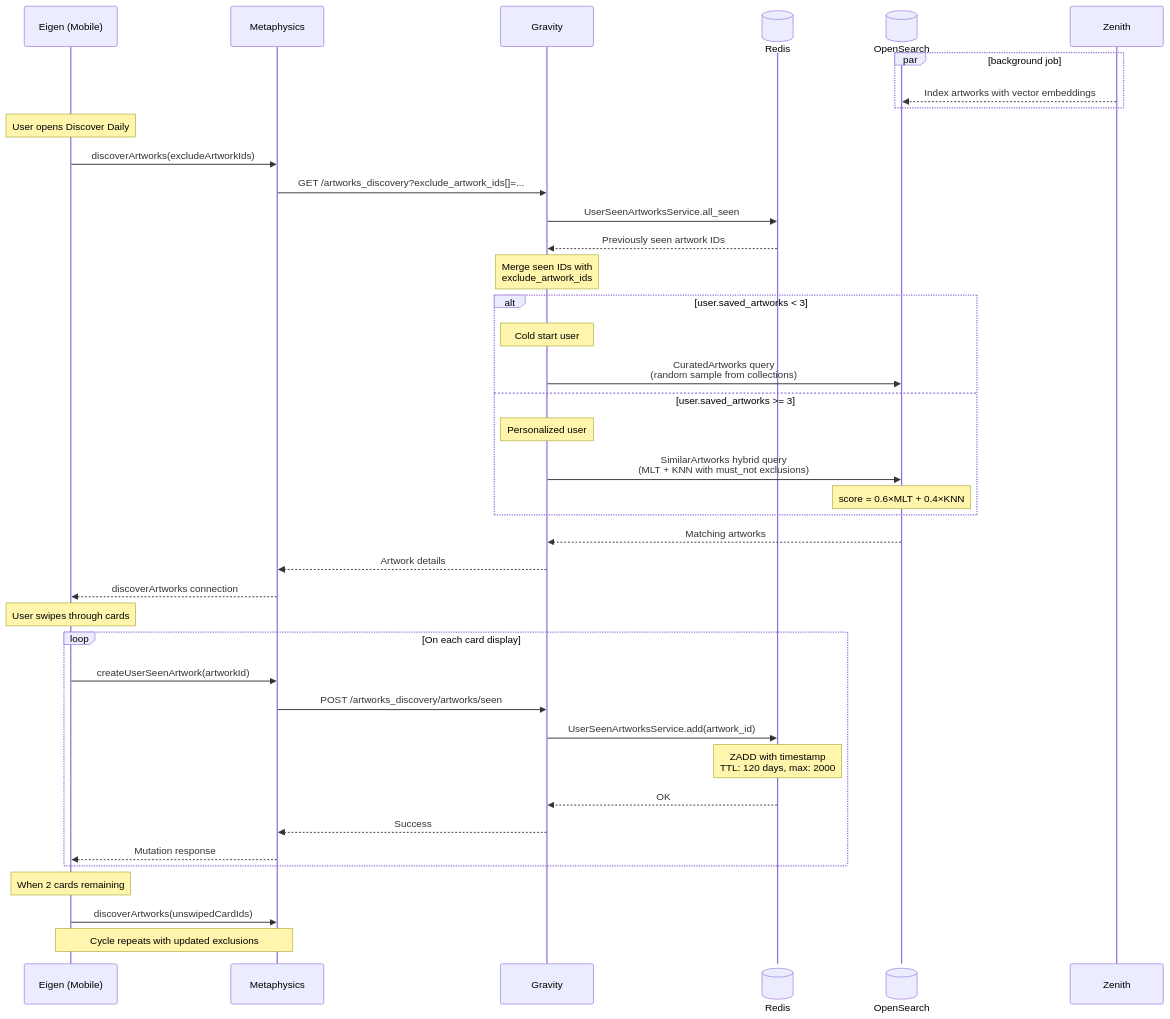
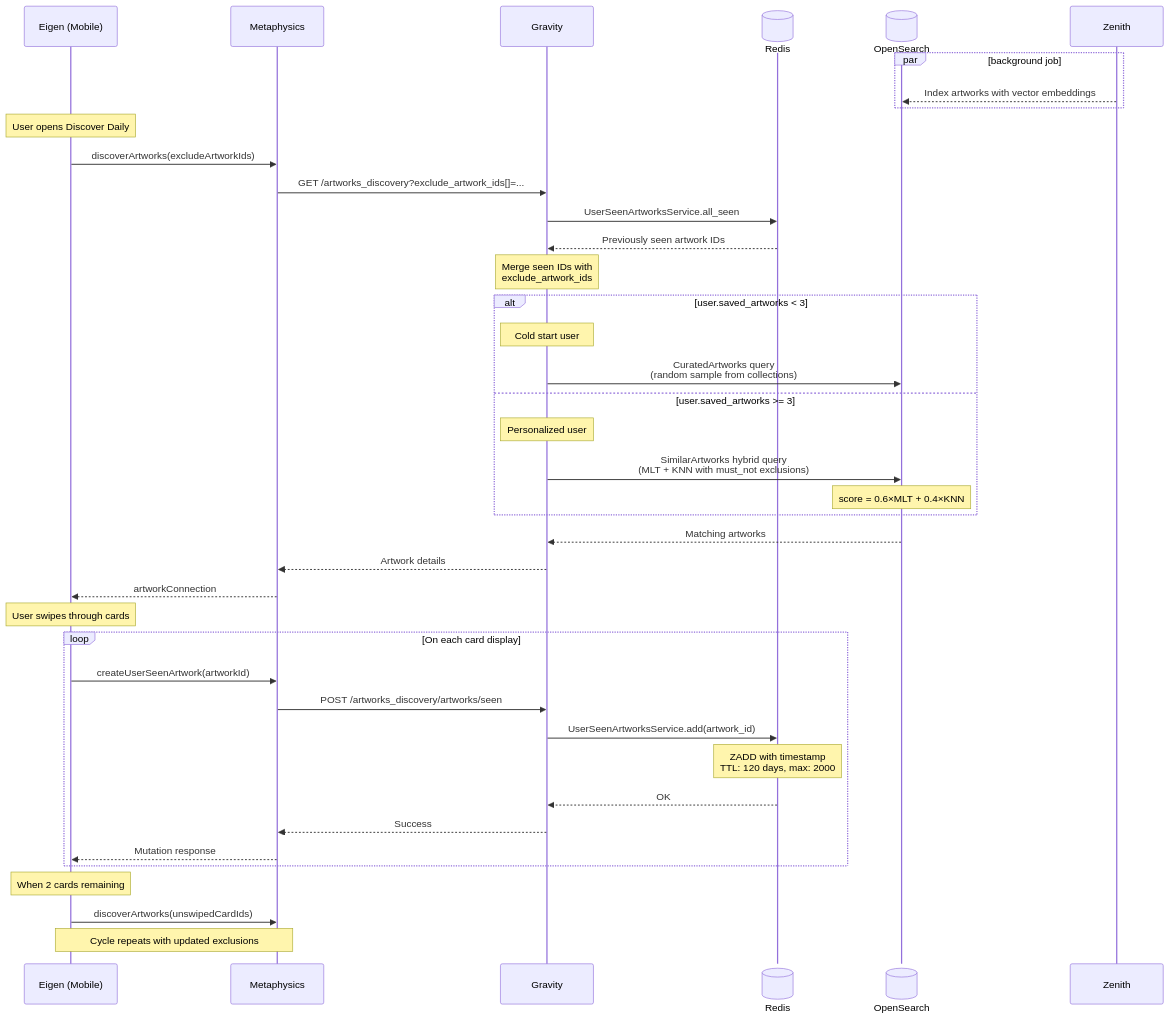
Before and after one commit to artsy/README: the diagram in systems/recommendations/discover-daily.md, drawn with Mermaid. The commit also changed 3 other files, not shown here.

````diff
--- a/systems/recommendations/discover-daily.md
+++ b/systems/recommendations/discover-daily.md
@@ -10,53 +10,53 @@
 ```mermaid
 sequenceDiagram
     participant E as Eigen (Mobile)
     participant MP as Metaphysics
     participant G as Gravity
     participant Redis@{ "type" : "database" }
     participant OpenSearch@{ "type" : "database" }
     participant Z as Zenith
 
     par background job
         Z-->>OpenSearch: Index artworks with vector embeddings
     end
 
     Note over E: User opens Discover Daily
 
     E->>MP: discoverArtworks(excludeArtworkIds)
     MP->>G: GET /artworks_discovery?exclude_artwork_ids[]=...
 
     G->>Redis: UserSeenArtworksService.all_seen
     Redis-->>G: Previously seen artwork IDs
 
     Note over G: Merge seen IDs with<br/>exclude_artwork_ids
 
     alt user.saved_artworks < 3
         Note over G: Cold start user
         G->>OpenSearch: CuratedArtworks query<br/>(random sample from collections)
     else user.saved_artworks >= 3
         Note over G: Personalized user
         G->>OpenSearch: SimilarArtworks hybrid query<br/>(MLT + KNN with must_not exclusions)
         Note over OpenSearch: score = 0.6×MLT + 0.4×KNN
     end
 
     OpenSearch-->>G: Matching artworks
     G-->>MP: Artwork details
-    MP-->>E: discoverArtworks connection
+    MP-->>E: artworkConnection
 
     Note over E: User swipes through cards
 
     loop On each card display
         E->>MP: createUserSeenArtwork(artworkId)
         MP->>G: POST /artworks_discovery/artworks/seen
         G->>Redis: UserSeenArtworksService.add(artwork_id)
         Note over Redis: ZADD with timestamp<br/>TTL: 120 days, max: 2000
         Redis-->>G: OK
         G-->>MP: Success
         MP-->>E: Mutation response
     end
 
     Note over E: When 2 cards remaining
 
     E->>MP: discoverArtworks(unswipedCardIds)
     Note over E,MP: Cycle repeats with updated exclusions
 ```
````
